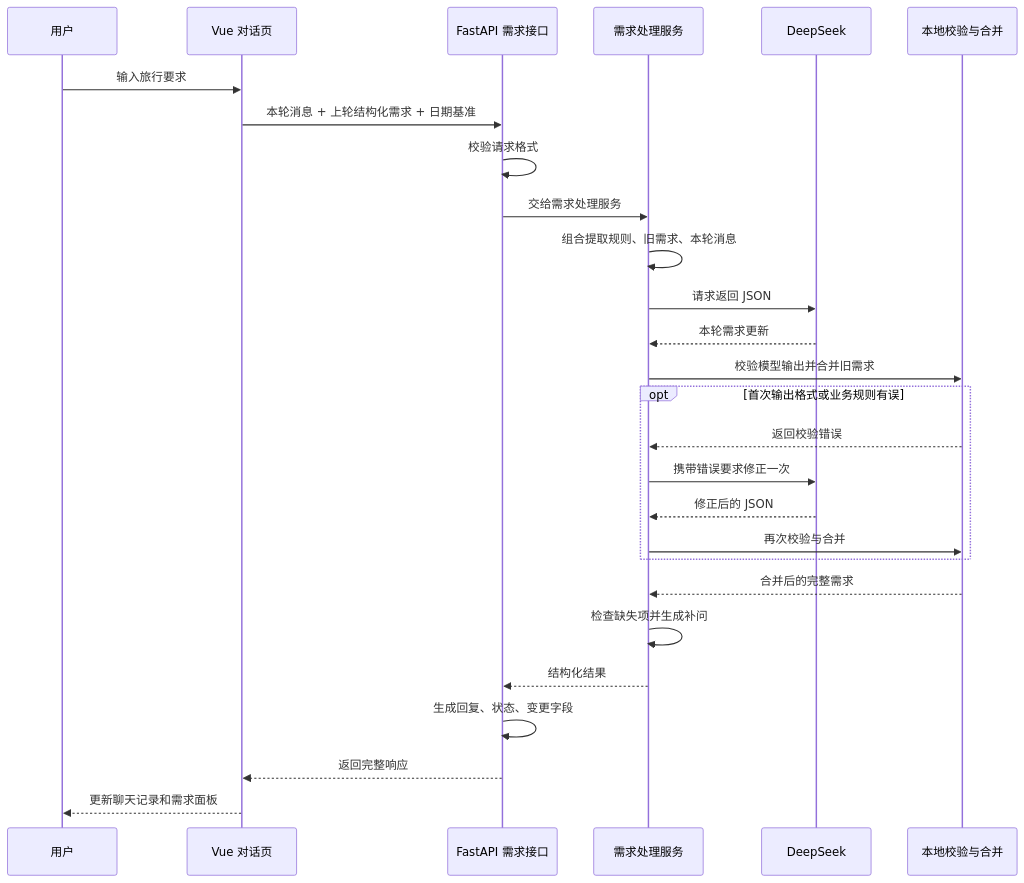
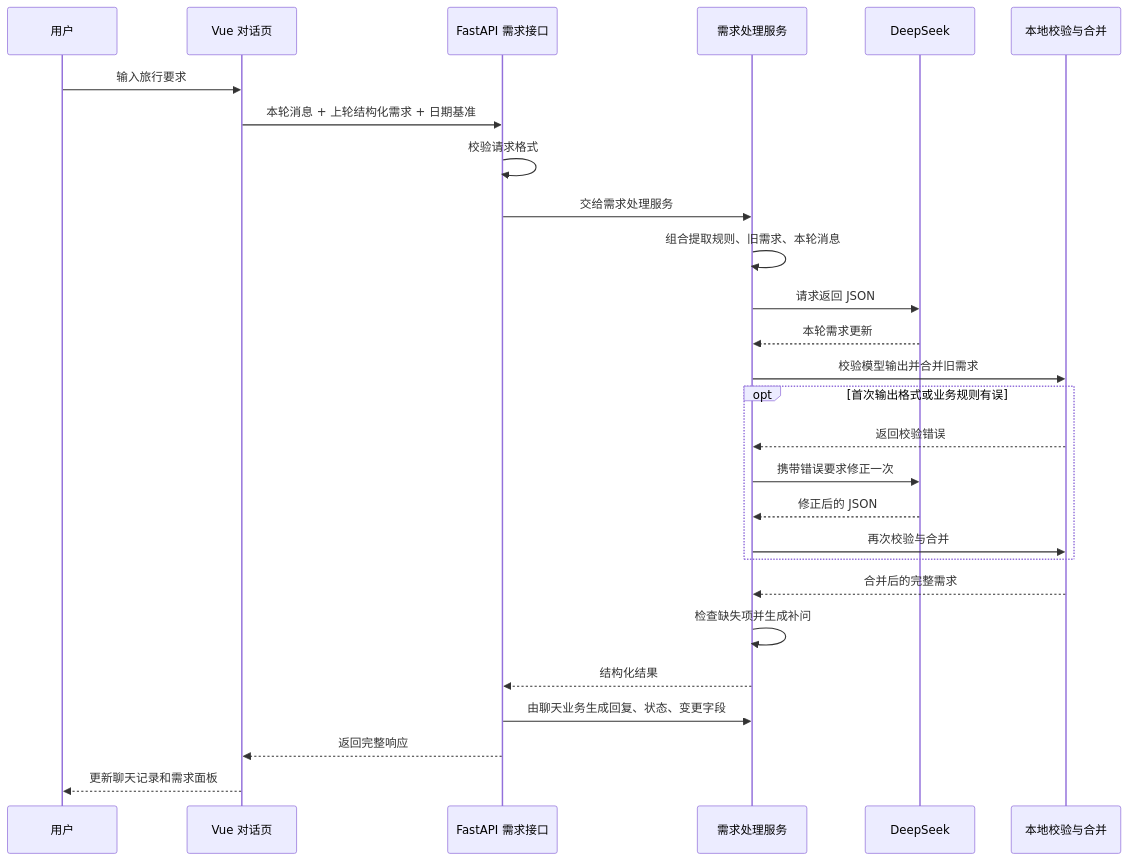
One commit to Charlie-acher/TravelMindAI changed the first of 3 diagrams in docs/08-架构设计说明.md. Above: the diagram before and after it, drawn with Mermaid. The commit also changed other lines of this file and 147 other files, not shown here.

````diff
--- a/docs/08-架构设计说明.md
+++ b/docs/08-架构设计说明.md
@@ -59,32 +116,32 @@
 ```mermaid
 sequenceDiagram
     participant U as 用户
     participant V as Vue 对话页
     participant A as FastAPI 需求接口
     participant S as 需求处理服务
     participant D as DeepSeek
     participant M as 本地校验与合并
 
     U->>V: 输入旅行要求
     V->>A: 本轮消息 + 上轮结构化需求 + 日期基准
     A->>A: 校验请求格式
     A->>S: 交给需求处理服务
     S->>S: 组合提取规则、旧需求、本轮消息
     S->>D: 请求返回 JSON
     D-->>S: 本轮需求更新
     S->>M: 校验模型输出并合并旧需求
 
     opt 首次输出格式或业务规则有误
         M-->>S: 返回校验错误
         S->>D: 携带错误要求修正一次
         D-->>S: 修正后的 JSON
         S->>M: 再次校验与合并
     end
 
     M-->>S: 合并后的完整需求
     S->>S: 检查缺失项并生成补问
     S-->>A: 结构化结果
-    A->>A: 生成回复、状态、变更字段
+    A->>S: 由聊天业务生成回复、状态、变更字段
     A-->>V: 返回完整响应
     V-->>U: 更新聊天记录和需求面板
 ```
````
